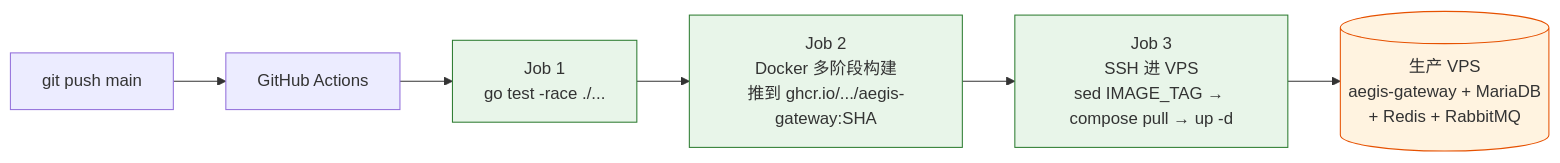
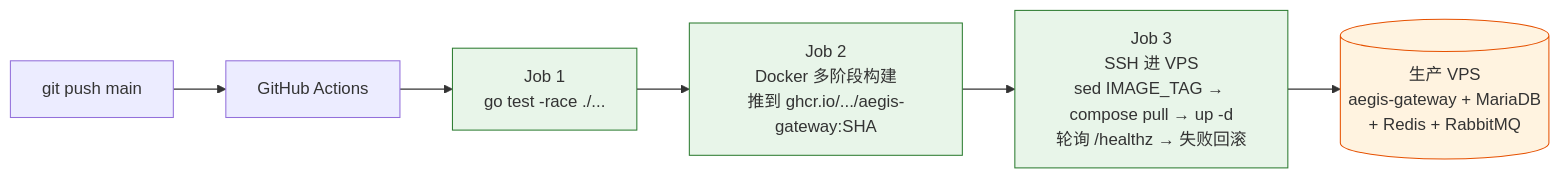
The second of 2 diagrams in README.zh.md (YINPENGHUA03/Aegis-Gateway-Aegis-High-Availability-Reservation-Gateway-), drawn with Mermaid before and after one commit. The commit also changed other lines of this file and 4 other files, not shown here.

First line of the commit message:
feat: /healthz deep health check + post-deploy auto rollback

````diff
--- a/README.zh.md
+++ b/README.zh.md
@@ -140,13 +140,13 @@
 ```mermaid
 graph LR
     Push[git push main] --> CI[GitHub Actions]
     CI --> Test["Job 1<br/>go test -race ./..."]
     Test --> Build["Job 2<br/>Docker 多阶段构建<br/>推到 ghcr.io/.../aegis-gateway:SHA"]
-    Build --> Deploy["Job 3<br/>SSH 进 VPS<br/>sed IMAGE_TAG → compose pull → up -d"]
+    Build --> Deploy["Job 3<br/>SSH 进 VPS<br/>sed IMAGE_TAG → compose pull → up -d<br/>轮询 /healthz → 失败回滚"]
     Deploy --> VPS[(生产 VPS<br/>aegis-gateway + MariaDB<br/>+ Redis + RabbitMQ)]
 
     classDef job fill:#e8f5e9,stroke:#2e7d32,color:#333;
     classDef target fill:#fff3e0,stroke:#e65100,color:#333;
     class Test,Build,Deploy job;
     class VPS target;
 ```
````
